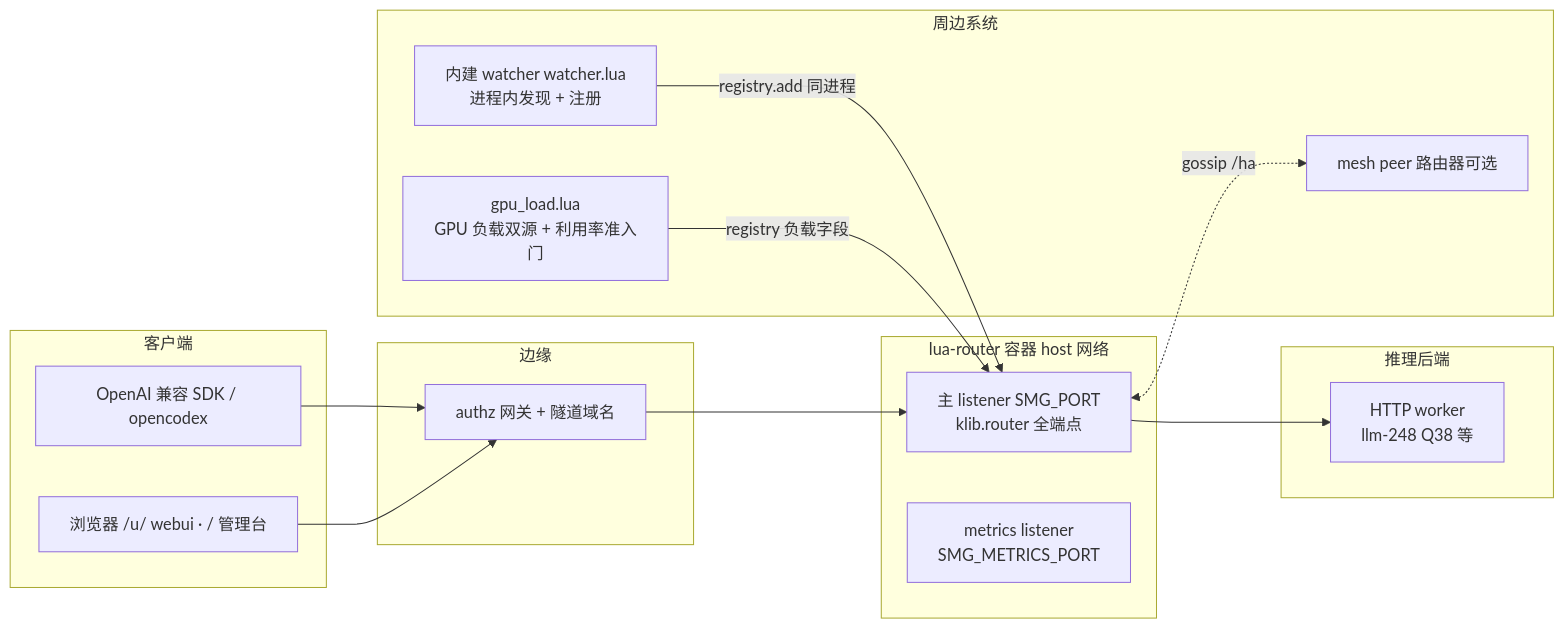
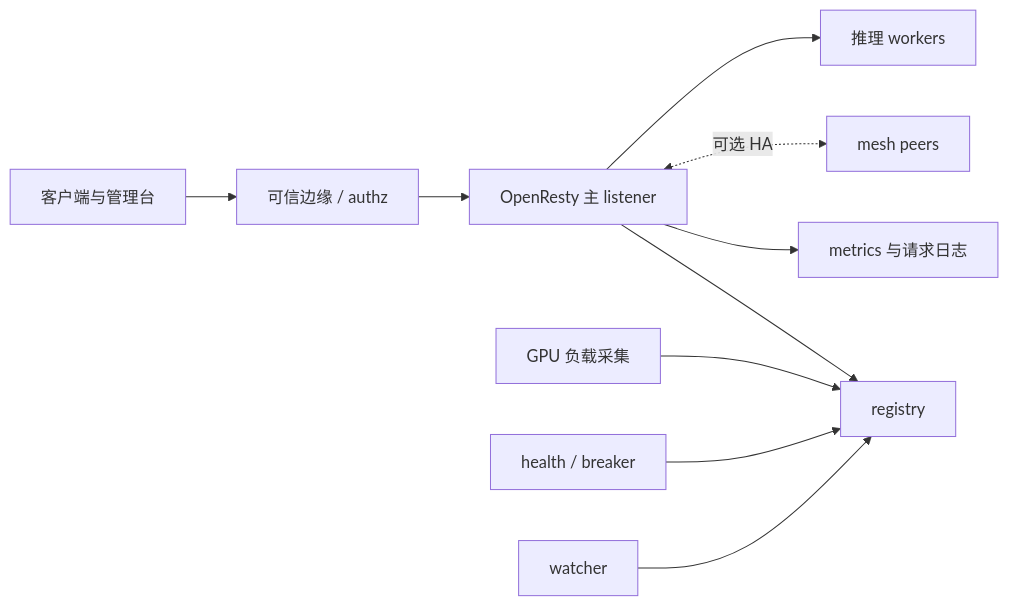
One commit to yorkane/lua-router changed the first of 2 diagrams in doc/architect.md. Above: the diagram before and after it, drawn with Mermaid. The commit also changed other lines of this file and 105 other files, not shown here.

````diff
--- a/doc/architect.md
+++ b/doc/architect.md
@@ -20,28 +9,12 @@
 ```mermaid
 flowchart LR
-  subgraph clients[客户端]
-    C1[OpenAI 兼容 SDK / opencodex]
-    C2[浏览器 /u/ webui · / 管理台]
-  end
-  subgraph edge[边缘]
-    AZ[authz 网关 + 隧道域名]
-  end
-  subgraph lr[lua-router 容器 host 网络]
-    MAIN[主 listener SMG_PORT<br/>klib.router 全端点]
-    MET[metrics listener<br/>SMG_METRICS_PORT]
-  end
-  subgraph workers[推理后端]
-    W1[HTTP worker<br/>llm-248 Q38 等]
-  end
-  subgraph sidecar[周边系统]
-    IW[内建 watcher watcher.lua<br/>进程内发现 + 注册]
-    GL[gpu_load.lua<br/>GPU 负载双源 + 利用率准入门]
-    MP[mesh peer 路由器可选]
-  end
-  C1 --> AZ --> MAIN
-  C2 --> AZ
-  MAIN --> W1
-  IW -- registry.add 同进程 --> MAIN
-  GL -- registry 负载字段 --> MAIN
-  MAIN <-. gossip /ha .-> MP
+  C[客户端与管理台] --> E[可信边缘 / authz]
+  E --> R[OpenResty 主 listener]
+  R --> W[推理 workers]
+  I[watcher] --> G[registry]
+  H[health / breaker] --> G
+  L[GPU 负载采集] --> G
+  R --> G
+  R <-. 可选 HA .-> M[mesh peers]
+  R --> O[metrics 与请求日志]
 ```
````
